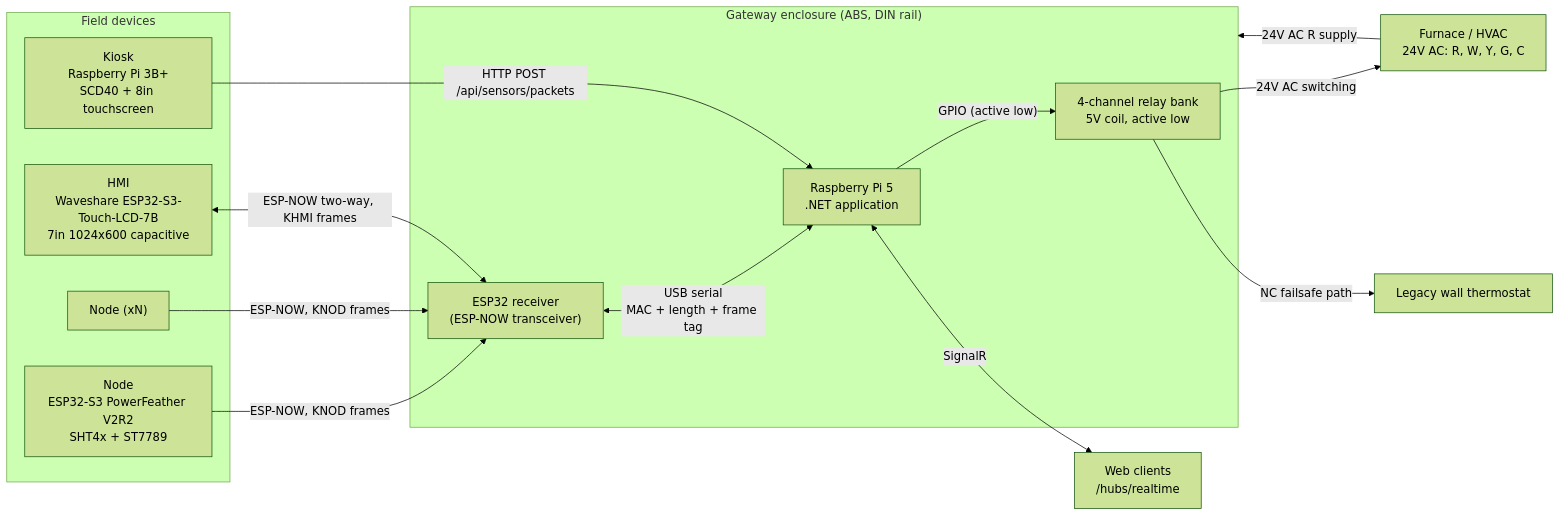
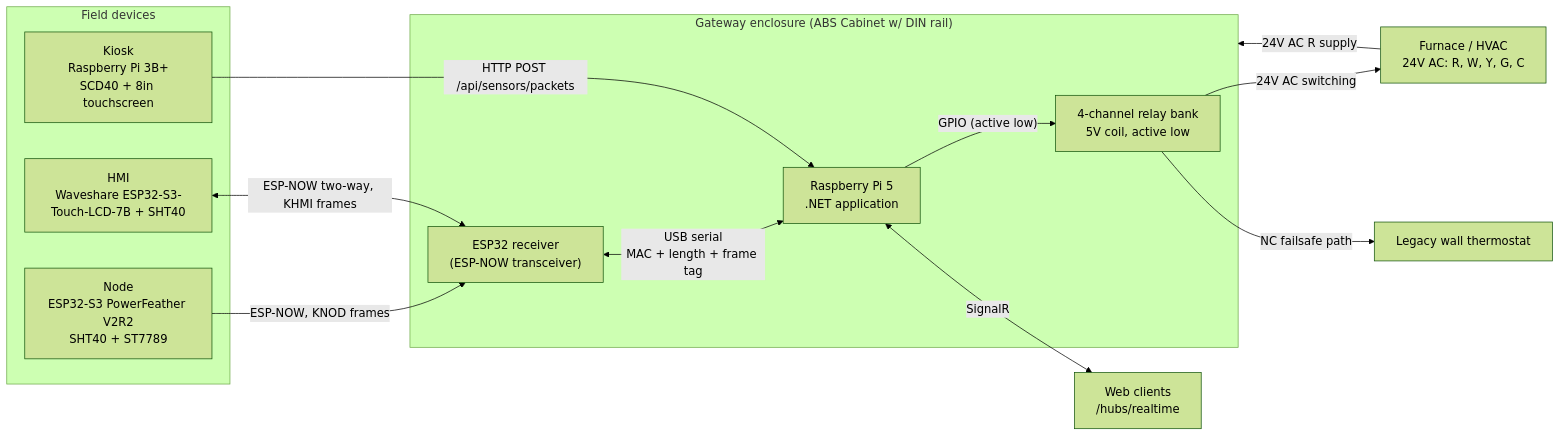
One commit to michaelfdeberry/Kelvin changed the first of 6 diagrams in docs/Kelvin Project Wiring Diagram.md. Above: the diagram before and after it, drawn with Mermaid (forest theme). The commit also changed other lines of this file, not shown here.

````diff
--- a/docs/Kelvin Project Wiring Diagram.md
+++ b/docs/Kelvin Project Wiring Diagram.md
@@ -17,30 +17,28 @@
 ```mermaid
 flowchart LR
     subgraph Field["Field devices"]
-        N1["Node<br/>ESP32-S3 PowerFeather V2R2<br/>SHT4x + ST7789"]
-        N2["Node (xN)"]
-        H1["HMI<br/>Waveshare ESP32-S3-Touch-LCD-7B<br/>7in 1024x600 capacitive"]
+        N1["Node<br/>ESP32-S3 PowerFeather V2R2<br/>SHT40 + ST7789"]
+        H1["HMI<br/>Waveshare ESP32-S3-Touch-LCD-7B + SHT40"]
         K1["Kiosk<br/>Raspberry Pi 3B+<br/>SCD40 + 8in touchscreen"]
     end
 
-    subgraph Enclosure["Gateway enclosure (ABS, DIN rail)"]
+    subgraph Enclosure["Gateway enclosure (ABS Cabinet w/ DIN rail)"]
         ESP["ESP32 receiver<br/>(ESP-NOW transceiver)"]
         PI["Raspberry Pi 5<br/>.NET application"]
         RB["4-channel relay bank<br/>5V coil, active low"]
     end
 
     WEB["Web clients<br/>/hubs/realtime"]
     HVAC["Furnace / HVAC<br/>24V AC: R, W, Y, G, C"]
     WT["Legacy wall thermostat"]
 
     N1 -- "ESP-NOW, KNOD frames" --> ESP
-    N2 -- "ESP-NOW, KNOD frames" --> ESP
     H1 <-- "ESP-NOW two-way, KHMI frames" --> ESP
     ESP <-- "USB serial<br/>MAC + length + frame tag" --> PI
     K1 -- "HTTP POST /api/sensors/packets" --> PI
     PI <-- "SignalR" --> WEB
     PI -- "GPIO (active low)" --> RB
     RB -- "24V AC switching" --> HVAC
     RB -- "NC failsafe path" --> WT
     HVAC -- "24V AC R supply" --> Enclosure
 ```
````
